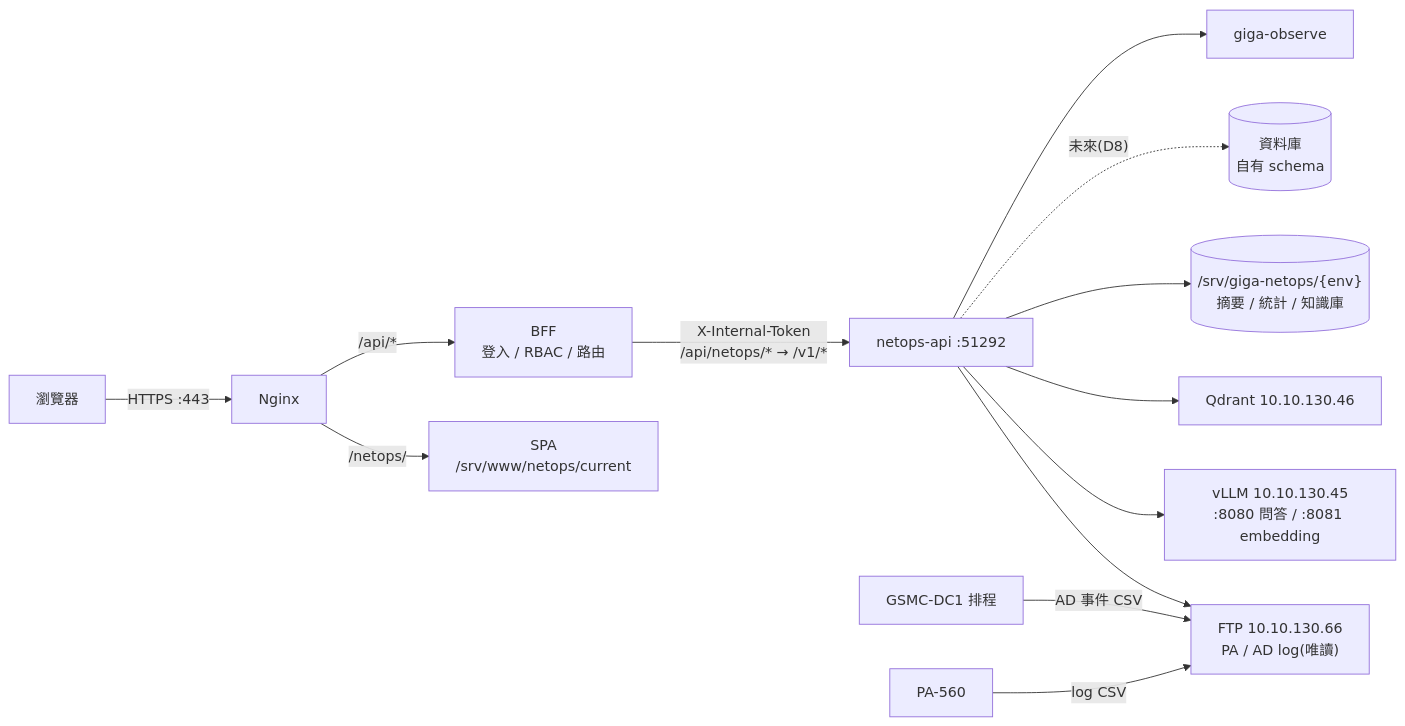
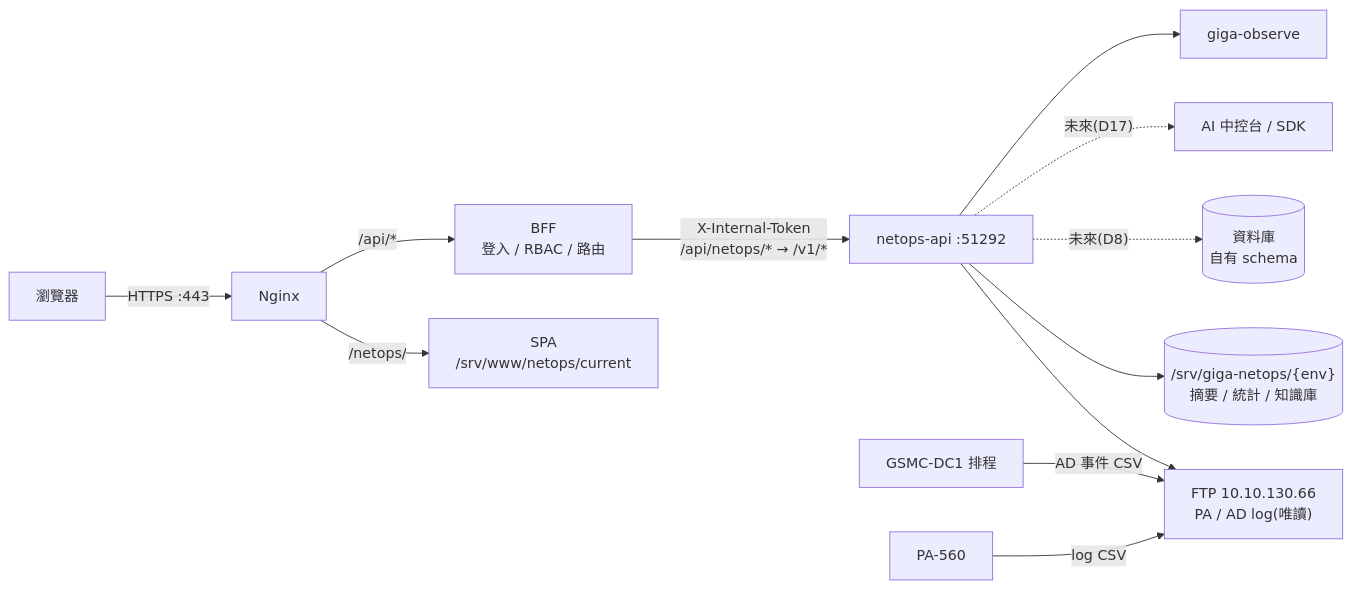
The diagram in docs/ARCHITECTURE.md (WeiWeicode/NetOps), drawn with Mermaid before and after one commit. The commit also changed other lines of this file and 7 other files, not shown here.

````diff
--- a/docs/ARCHITECTURE.md
+++ b/docs/ARCHITECTURE.md
@@ -24,15 +24,14 @@
 ```mermaid
 flowchart LR
     B["瀏覽器"] -->|"HTTPS :443"| N["Nginx"]
     N -->|"/netops/"| S["SPA<br/>/srv/www/netops/current"]
     N -->|"/api/*"| F["BFF<br/>登入 / RBAC / 路由"]
     F -->|"X-Internal-Token<br/>/api/netops/* → /v1/*"| A["netops-api :51292"]
     A --> FTP["FTP 10.10.130.66<br/>PA / AD log(唯讀)"]
-    A --> L["vLLM 10.10.130.45<br/>:8080 問答 / :8081 embedding"]
-    A --> Q["Qdrant 10.10.130.46"]
     A --> D[("/srv/giga-netops/{env}<br/>摘要 / 統計 / 知識庫")]
     A -.->|"未來(D8)"| DB[("資料庫<br/>自有 schema")]
+    A -.->|"未來(D17)"| AI["AI 中控台 / SDK"]
     A --> O["giga-observe"]
     DC["GSMC-DC1 排程"] -->|"AD 事件 CSV"| FTP
     PA["PA-560"] -->|"log CSV"| FTP
 ```
````
